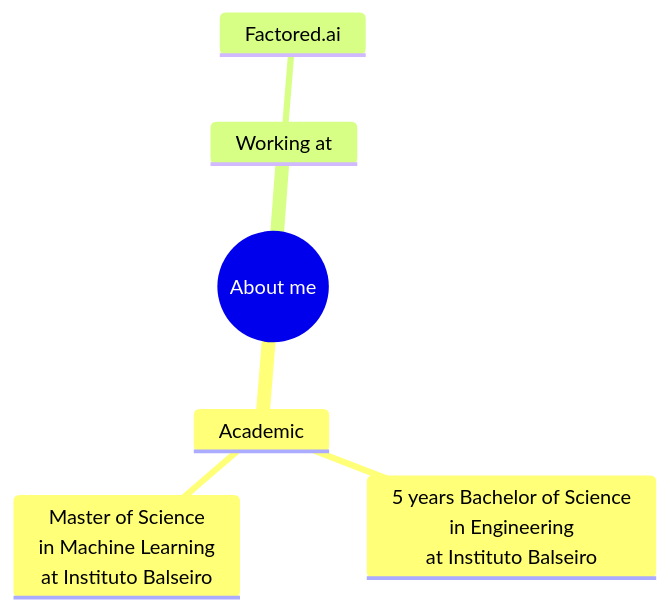
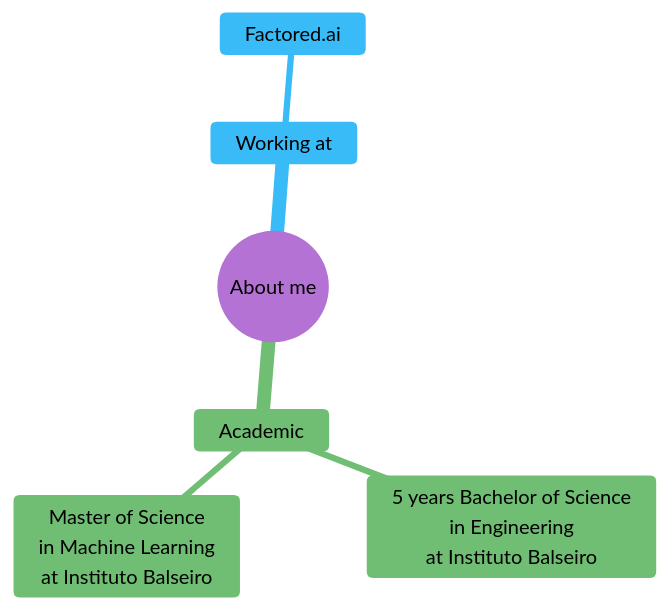
One commit to klostermati/klostermati changed the diagram in README.md. Above: the diagram before and after it, drawn with Mermaid.

Commit message:
Update mindmap colors to subtle pastels
Use soft pastel colors with black text for better visibility
in both dark and light mode on GitHub.

````diff
--- a/README.md
+++ b/README.md
@@ -2,9 +2,10 @@
 ``` mermaid
+%%{init: {'theme':'base', 'themeVariables': { 'primaryColor':'#e8d4f2', 'primaryTextColor':'#000000', 'primaryBorderColor':'#b39ddb', 'secondaryColor':'#c8e6c9', 'secondaryTextColor':'#000000', 'secondaryBorderColor':'#81c784', 'tertiaryColor':'#b3e5fc', 'tertiaryTextColor':'#000000', 'tertiaryBorderColor':'#4fc3f7'}}}%%
 mindmap
   root((About me))
     Academic
       5 years Bachelor of Science<br>in Engineering<br>at Instituto Balseiro
       Master of Science<br>in Machine Learning<br>at Instituto Balseiro
     Working at
       Factored.ai
 ```
````
